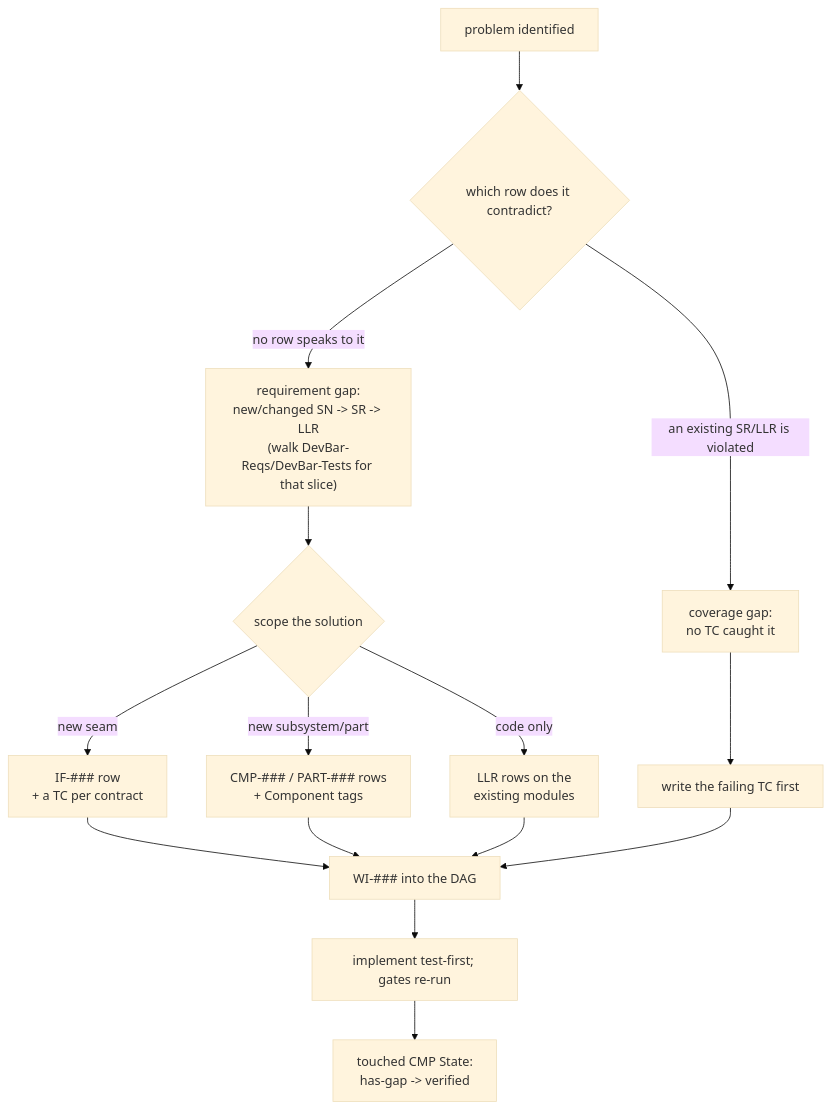
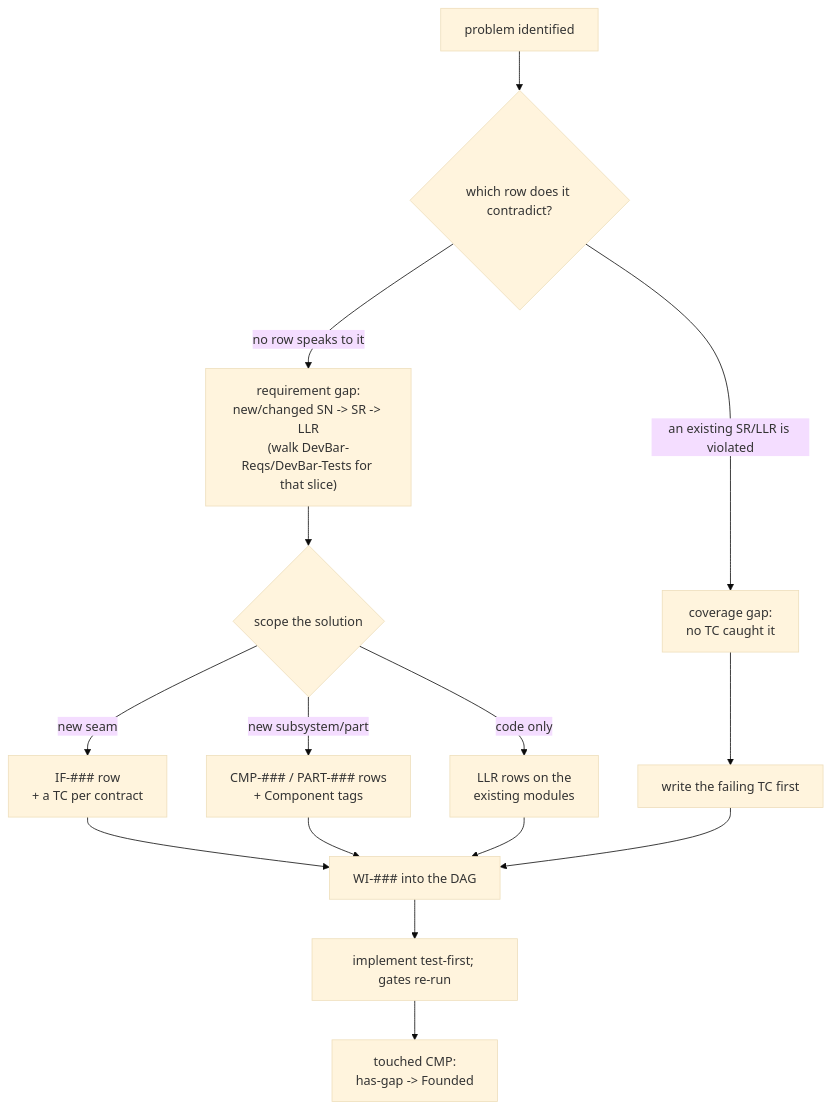
One commit to diytechy/ai-template changed the diagram in project-trajectory/PROCESS.md. Above: the diagram before and after it, drawn with Mermaid (base theme). The commit also changed other lines of this file and 11 other files, not shown here.

````diff
--- a/project-trajectory/PROCESS.md
+++ b/project-trajectory/PROCESS.md
@@ -748,17 +748,17 @@
 ```mermaid
 flowchart TD
   P["problem identified"] --> C{"which row does it contradict?"}
   C -->|"an existing SR/LLR is violated"| TG["coverage gap:\nno TC caught it"]
   C -->|"no row speaks to it"| RG["requirement gap:\nnew/changed SN -> SR -> LLR\n(walk DevBar-Reqs/DevBar-Tests for that slice)"]
   TG --> T1["write the failing TC first"]
   RG --> S{"scope the solution"}
   S -->|"new seam"| I2["IF-### row\n+ a TC per contract"]
   S -->|"new subsystem/part"| C2["CMP-### / PART-### rows\n+ Component tags"]
   S -->|"code only"| L2["LLR rows on the\nexisting modules"]
   I2 --> W["WI-### into the DAG"]
   C2 --> W
   L2 --> W
   T1 --> W
   W --> G["implement test-first; gates re-run"]
-  G --> V["touched CMP State:\nhas-gap -> verified"]
+  G --> V["touched CMP:\nhas-gap -> Founded"]
 ```
````
